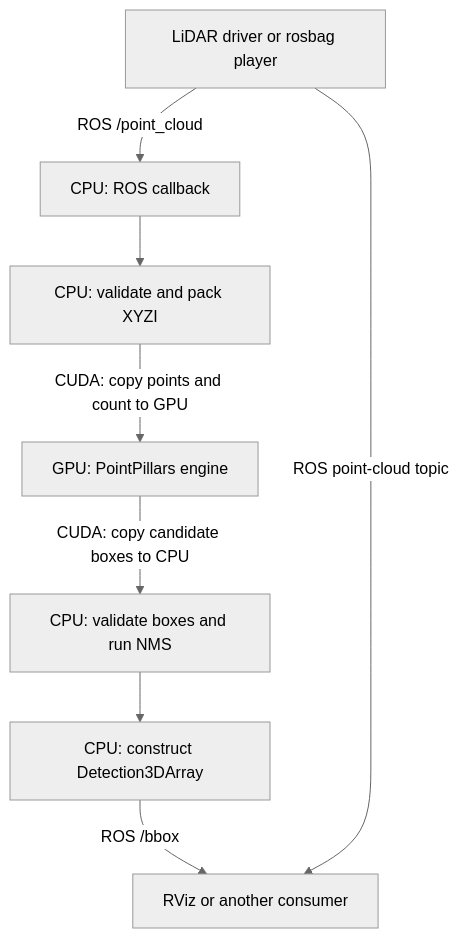
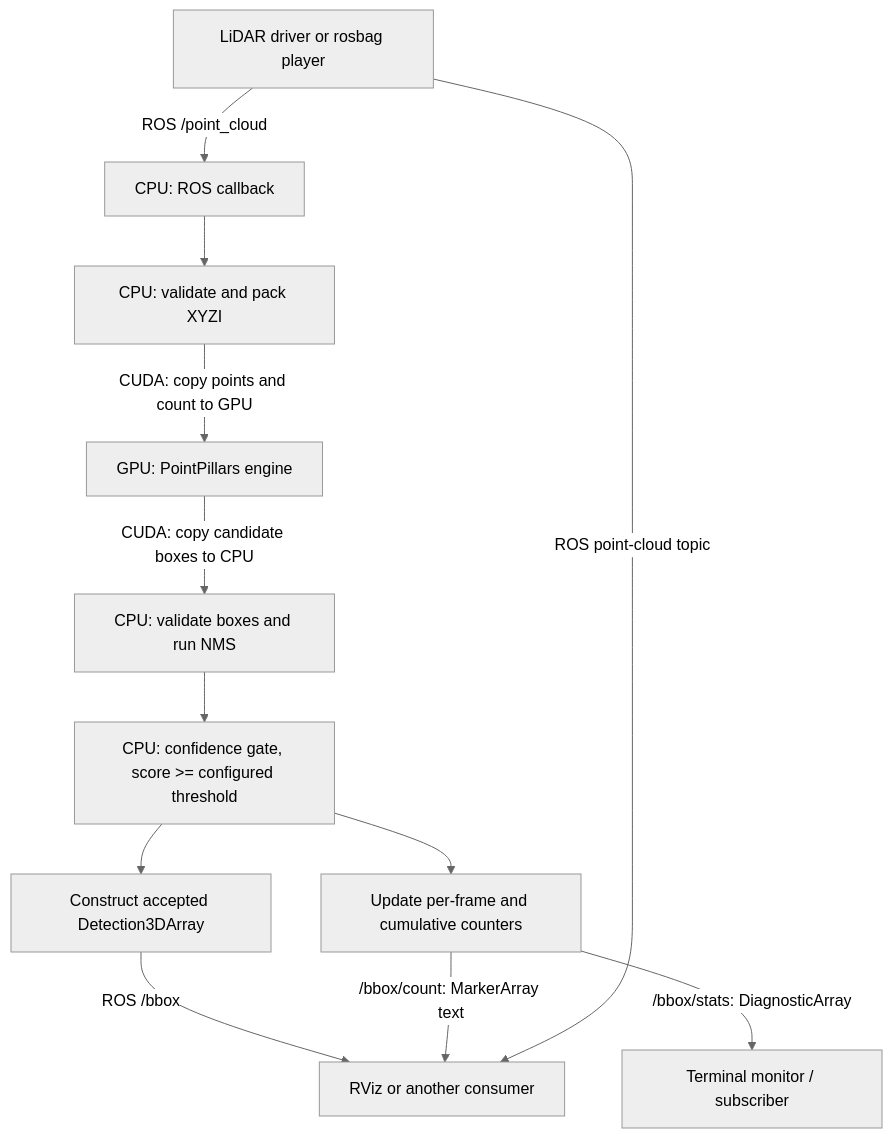
Before and after one commit to AhmedAliMohammed1/MasterThesis: the first of 2 diagrams in README_PROJECT_EXPLANATIONS.md, drawn with Mermaid (neutral theme). The commit also changed other lines of this file and 7 other files, not shown here.

````diff
--- a/README_PROJECT_EXPLANATIONS.md
+++ b/README_PROJECT_EXPLANATIONS.md
@@ -91,10 +91,14 @@
 ```mermaid
 flowchart TD
     A["LiDAR driver or rosbag player"] -->|"ROS /point_cloud"| B["CPU: ROS callback"]
     B --> C["CPU: validate and pack XYZI"]
     C -->|"CUDA: copy points and count to GPU"| D["GPU: PointPillars engine"]
     D -->|"CUDA: copy candidate boxes to CPU"| E["CPU: validate boxes and run NMS"]
-    E --> F["CPU: construct Detection3DArray"]
+    E --> T["CPU: confidence gate, score >= configured threshold"]
+    T --> F["Construct accepted Detection3DArray"]
     F -->|"ROS /bbox"| G["RViz or another consumer"]
+    T --> H["Update per-frame and cumulative counters"]
+    H -->|"/bbox/stats: DiagnosticArray"| I["Terminal monitor / subscriber"]
+    H -->|"/bbox/count: MarkerArray text"| G
     A -->|"ROS point-cloud topic"| G
 ```
````
